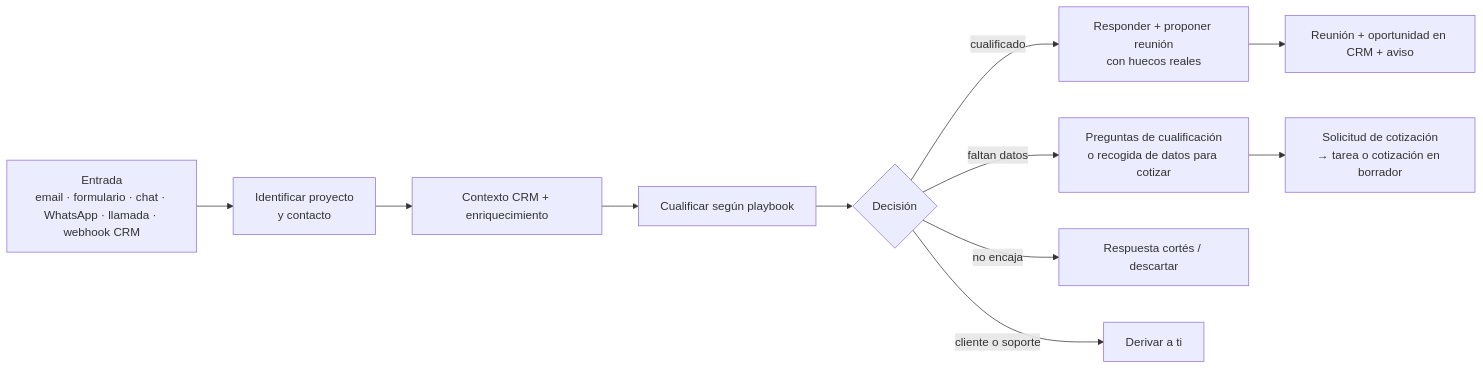
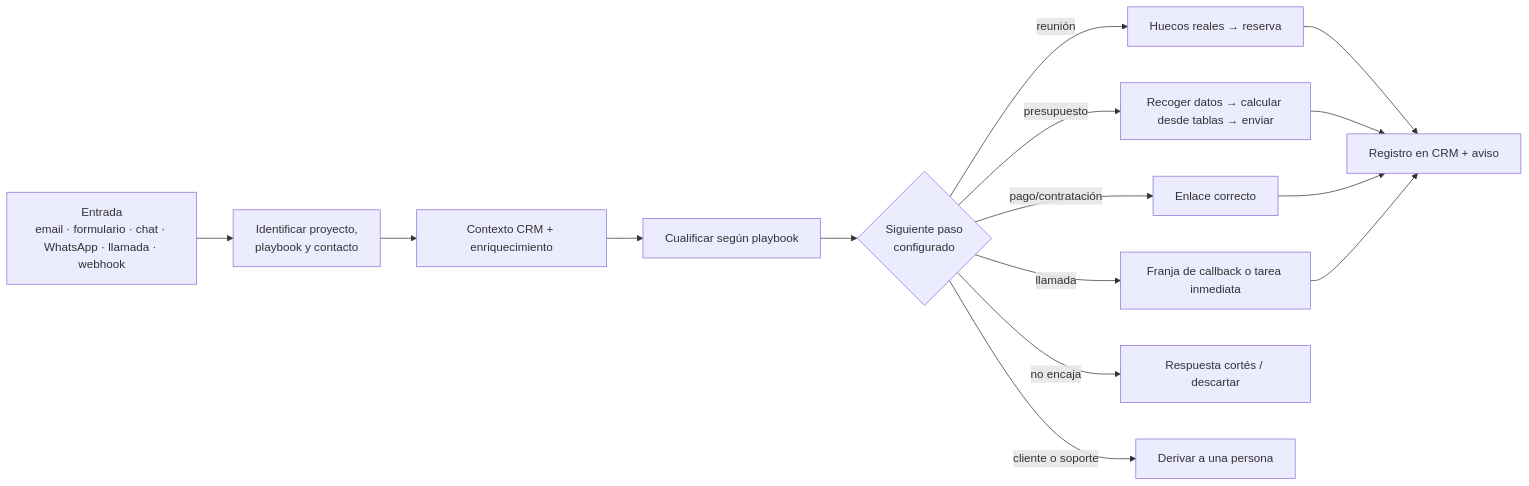
One commit to fredibaques/salesmate changed the third of 5 diagrams in docs/PLAN.md. Above: the diagram before and after it, drawn with Mermaid. The commit also changed other lines of this file and 1 other file, not shown here.

````diff
--- a/docs/PLAN.md
+++ b/docs/PLAN.md
@@ -354,13 +389,14 @@
 ```mermaid
 flowchart LR
-    A[Entrada<br/>email · formulario · chat · WhatsApp · llamada · webhook CRM] --> B[Identificar proyecto<br/>y contacto]
+    A[Entrada<br/>email · formulario · chat · WhatsApp · llamada · webhook] --> B[Identificar proyecto,<br/>playbook y contacto]
     B --> C[Contexto CRM + enriquecimiento]
     C --> D[Cualificar según playbook]
-    D --> E{Decisión}
-    E -->|cualificado| F[Responder + proponer reunión<br/>con huecos reales]
-    E -->|faltan datos| G[Preguntas de cualificación<br/>o recogida de datos para cotizar]
-    E -->|no encaja| H[Respuesta cortés / descartar]
-    E -->|cliente o soporte| I[Derivar a ti]
-    F --> J[Reunión + oportunidad en CRM + aviso]
-    G --> K[Solicitud de cotización<br/>→ tarea o cotización en borrador]
+    D --> E{Siguiente paso<br/>configurado}
+    E -->|reunión| F[Huecos reales → reserva]
+    E -->|presupuesto| G[Recoger datos → calcular desde tablas → enviar]
+    E -->|pago/contratación| H[Enlace correcto]
+    E -->|llamada| I[Franja de callback o tarea inmediata]
+    E -->|no encaja| J[Respuesta cortés / descartar]
+    E -->|cliente o soporte| K[Derivar a una persona]
+    F & G & H & I --> L[Registro en CRM + aviso]
 ```
````
